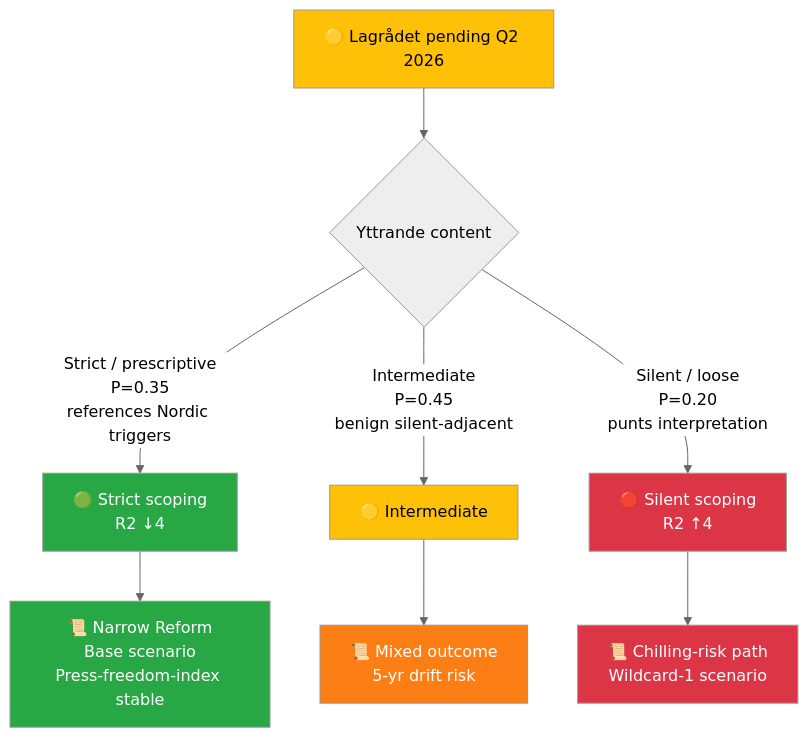
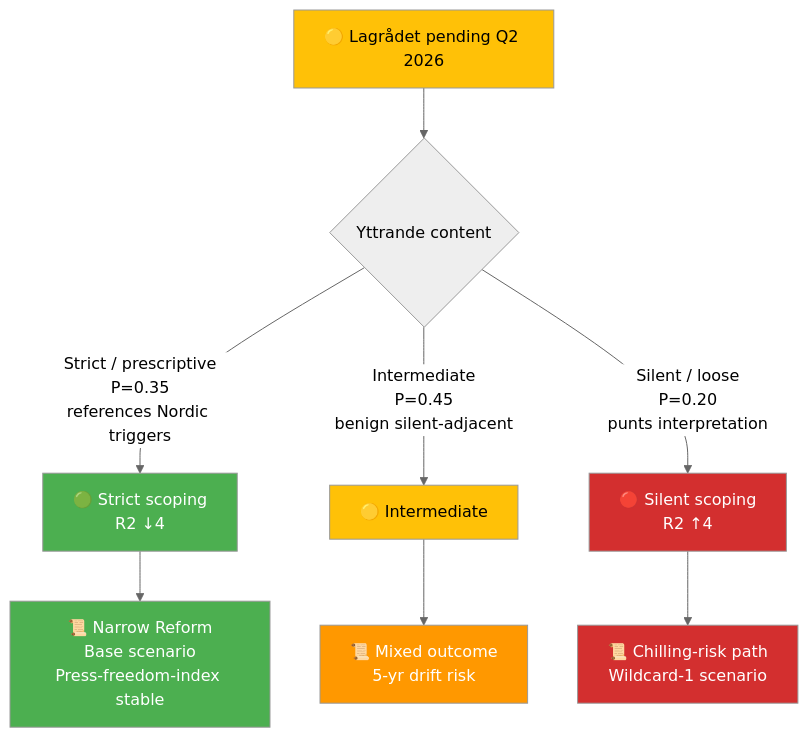
Before and after one commit to Hack23/riksdagsmonitor: the second of 2 diagrams in analysis/daily/2026-04-17/realtime-1434/documents/HD01KU32-KU33-analysis.md, drawn with Mermaid (neutral theme). The commit also changed other lines of this file and 785 other files, not shown here.

First line of the commit message:
Normalize mermaid colors across 786 analysis artifacts to ISMS Style Guide palette

````diff
--- a/analysis/daily/2026-04-17/realtime-1434/documents/HD01KU32-KU33-analysis.md
+++ b/analysis/daily/2026-04-17/realtime-1434/documents/HD01KU32-KU33-analysis.md
@@ -176,20 +176,20 @@
 ```mermaid
 flowchart TD
     LP["🟡 Lagrådet pending Q2 2026"]
     LP --> LS{"Yttrande content"}
     LS -->|"Strict / prescriptive<br/>P=0.35<br/>references Nordic triggers"| ST["🟢 Strict scoping<br/>R2 ↓4"]
     LS -->|"Intermediate<br/>P=0.45<br/>benign silent-adjacent"| IN["🟡 Intermediate"]
     LS -->|"Silent / loose<br/>P=0.20<br/>punts interpretation"| SL["🔴 Silent scoping<br/>R2 ↑4"]
 
     ST --> PATHA["📜 Narrow Reform<br/>Base scenario<br/>Press-freedom-index stable"]
     IN --> PATHB["📜 Mixed outcome<br/>5-yr drift risk"]
     SL --> PATHC["📜 Chilling-risk path<br/>Wildcard-1 scenario"]
 
-    style LP fill:#ffc107,color:#000
-    style ST fill:#28a745,color:#fff
-    style IN fill:#ffc107,color:#000
-    style SL fill:#dc3545,color:#fff
-    style PATHA fill:#28a745,color:#fff
-    style PATHB fill:#fd7e14,color:#fff
-    style PATHC fill:#dc3545,color:#fff
+    style LP fill:#FFC107,color:#000000
+    style ST fill:#4CAF50,color:#FFFFFF
+    style IN fill:#FFC107,color:#000000
+    style SL fill:#D32F2F,color:#FFFFFF
+    style PATHA fill:#4CAF50,color:#FFFFFF
+    style PATHB fill:#FF9800,color:#FFFFFF
+    style PATHC fill:#D32F2F,color:#FFFFFF
 ```
````
